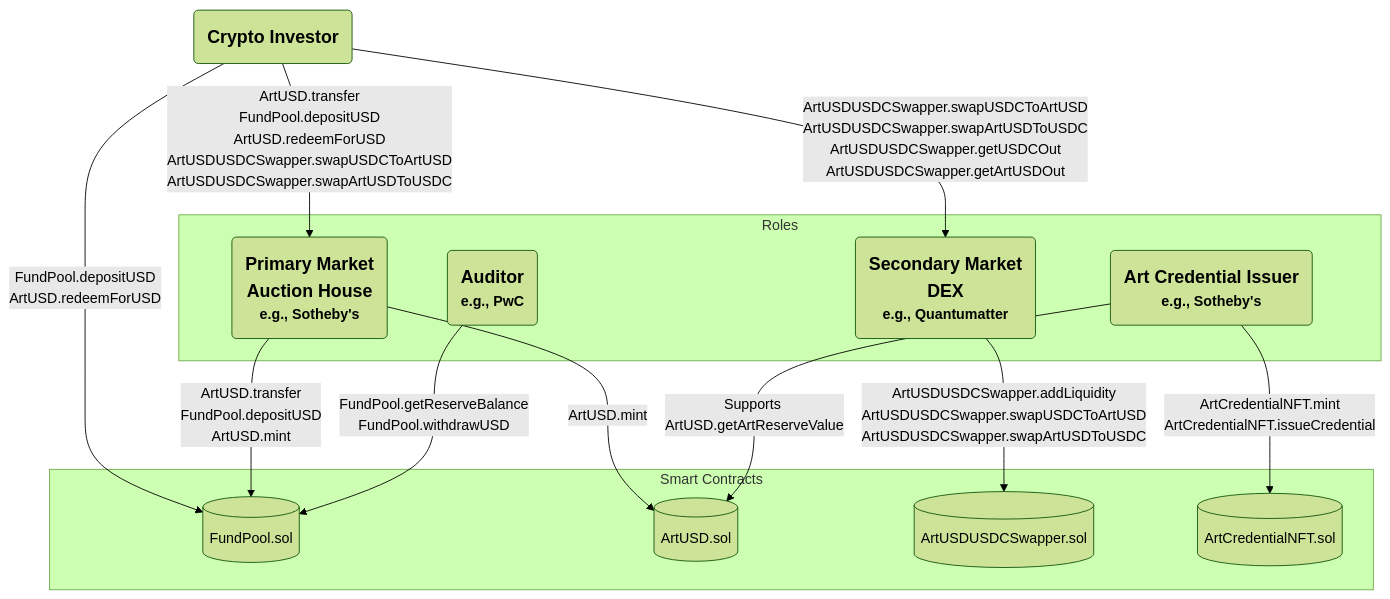
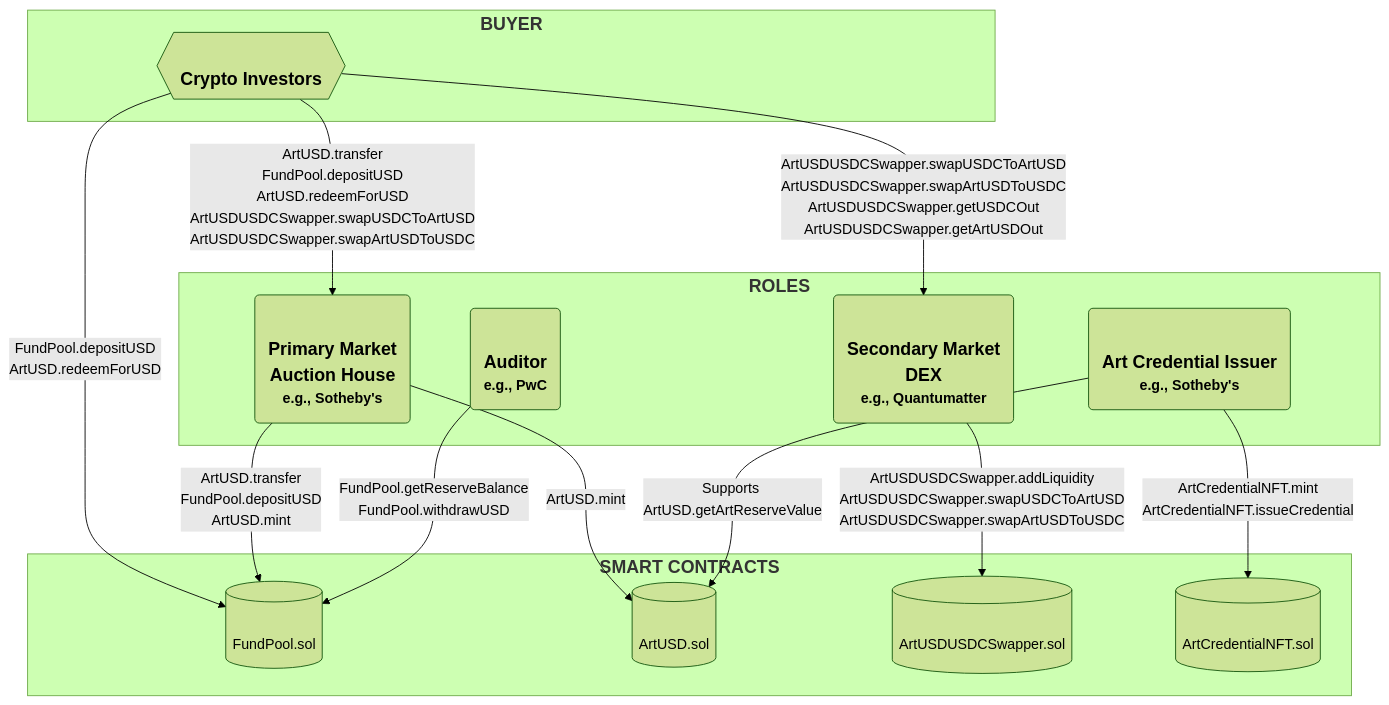
Before and after one commit to realmatterio/ArtUSD: the diagram in README.md, drawn with Mermaid (forest theme). The commit also changed other lines of this file, not shown here.

````diff
--- a/README.md
+++ b/README.md
@@ -57,37 +57,39 @@
 ```mermaid
 ---
 Crypto Investor | Primary Market | Secondary Market| Credential Issuer | Auditor
 ---
 graph TD
 
-    %% Central node
-    A(<b style="font-size: 20px;">Crypto Investor</b>)
+    
+    subgraph "`<b style="font-size: 20px;">BUYER</b>`"
+        A{{<b style="font-size: 20px;"><br>Crypto Investors<br></b>}}
+    end
 
     A -->|ArtUSD.transfer<br>FundPool.depositUSD<br>ArtUSD.redeemForUSD<br>ArtUSDUSDCSwapper.swapUSDCToArtUSD<br>ArtUSDUSDCSwapper.swapArtUSDToUSDC| B(<b style="font-size: 16px;">Primary Market/Auction House<br>e.g., Sotheby's</b>)
     A -->|ArtUSDUSDCSwapper.swapUSDCToArtUSD<br>ArtUSDUSDCSwapper.swapArtUSDToUSDC<br>ArtUSDUSDCSwapper.getUSDCOut<br>ArtUSDUSDCSwapper.getArtUSDOut| C(<b style="font-size: 16px;">Secondary Market/DEX<br>e.g., Quantumatter</b>)
     A -->|FundPool.depositUSD<br>ArtUSD.redeemForUSD| D[(FundPool.sol)]
 
-    subgraph Roles
-        B(<b style="font-size: 20px;">Primary Market<br>Auction House<br></b><b style="font-size: 16px;">e.g., Sotheby's</b>)
-        C(<b style="font-size: 20px;">Secondary Market<br>DEX<br></b><b style="font-size: 16px;">e.g., Quantumatter</b>)
-        G(<b style="font-size: 20px;">Art Credential Issuer<br></b><b style="font-size: 16px;">e.g., Sotheby's</b>)
-        I(<b style="font-size: 20px;">Auditor<br></b><b style="font-size: 16px;">e.g., PwC</b>)
+    subgraph "`<b style="font-size: 20px;">ROLES</b>`"
+        B(<b style="font-size: 20px;"><br>Primary Market<br>Auction House<br></b><b style="font-size: 16px;">e.g., Sotheby's<br></b>)
+        C(<b style="font-size: 20px;"><br>Secondary Market<br>DEX<br></b><b style="font-size: 16px;">e.g., Quantumatter<br></b>)
+        G(<b style="font-size: 20px;"><br>Art Credential Issuer<br></b><b style="font-size: 16px;">e.g., Sotheby's<br></b>)
+        I(<b style="font-size: 20px;"><br>Auditor<br></b><b style="font-size: 16px;">e.g., PwC<br></b>)
     end
     
     B -->|ArtUSD.transfer<br>FundPool.depositUSD<br>ArtUSD.mint| D
     B -->|ArtUSD.mint| E[(ArtUSD.sol)]
     
     C -->|ArtUSDUSDCSwapper.addLiquidity<br>ArtUSDUSDCSwapper.swapUSDCToArtUSD<br>ArtUSDUSDCSwapper.swapArtUSDToUSDC| F[(ArtUSDUSDCSwapper.sol)]
     
     G -->|ArtCredentialNFT.mint<br>ArtCredentialNFT.issueCredential| H[(ArtCredentialNFT.sol)]
     G -->|Supports ArtUSD.getArtReserveValue| E
     
     I -->|FundPool.getReserveBalance<br>FundPool.withdrawUSD| D
     
-    subgraph Smart Contracts
-        E[(ArtUSD.sol)]
-        D[(FundPool.sol)]
-        F[(ArtUSDUSDCSwapper.sol)]
-        H[(ArtCredentialNFT.sol)]
+    subgraph "`<b style="font-size: 20px;">SMART CONTRACTS</b>`"
+        E[(<br>ArtUSD.sol<br>)]
+        D[(<br>FundPool.sol<br>)]
+        F[(<br>ArtUSDUSDCSwapper.sol<br>)]
+        H[(<br>ArtCredentialNFT.sol<br>)]
     end
 ```
````
